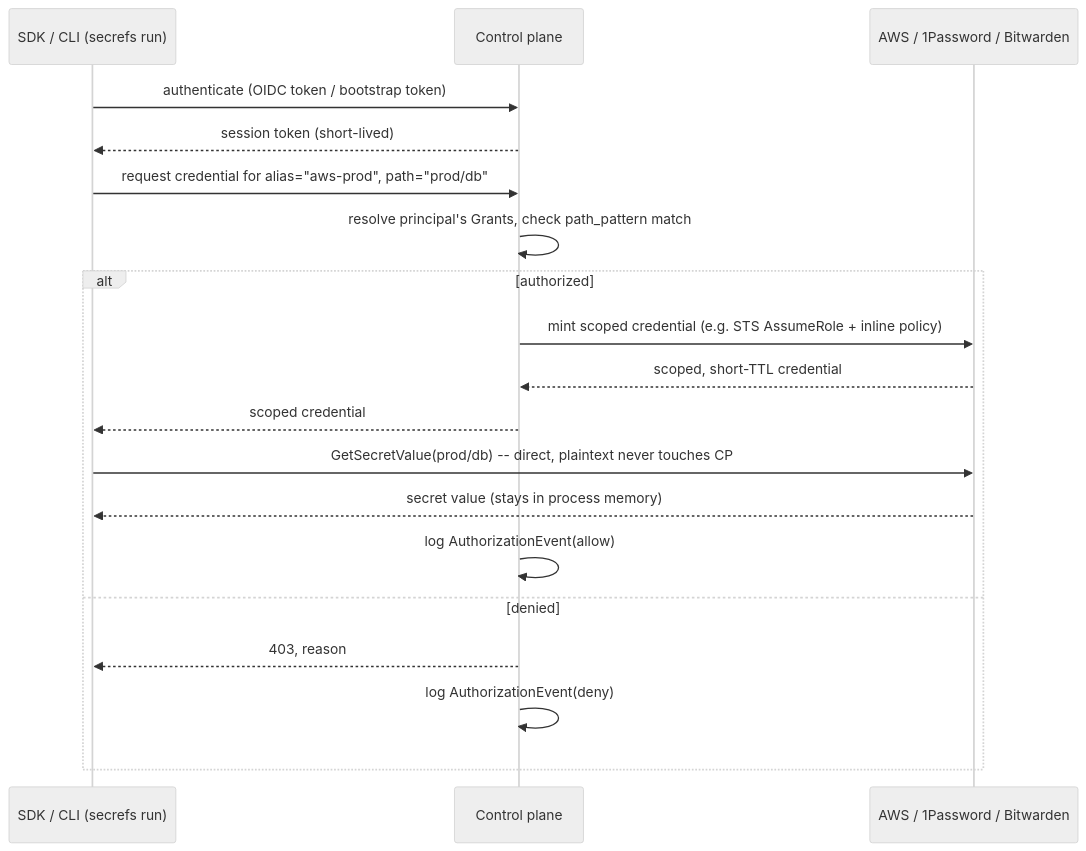
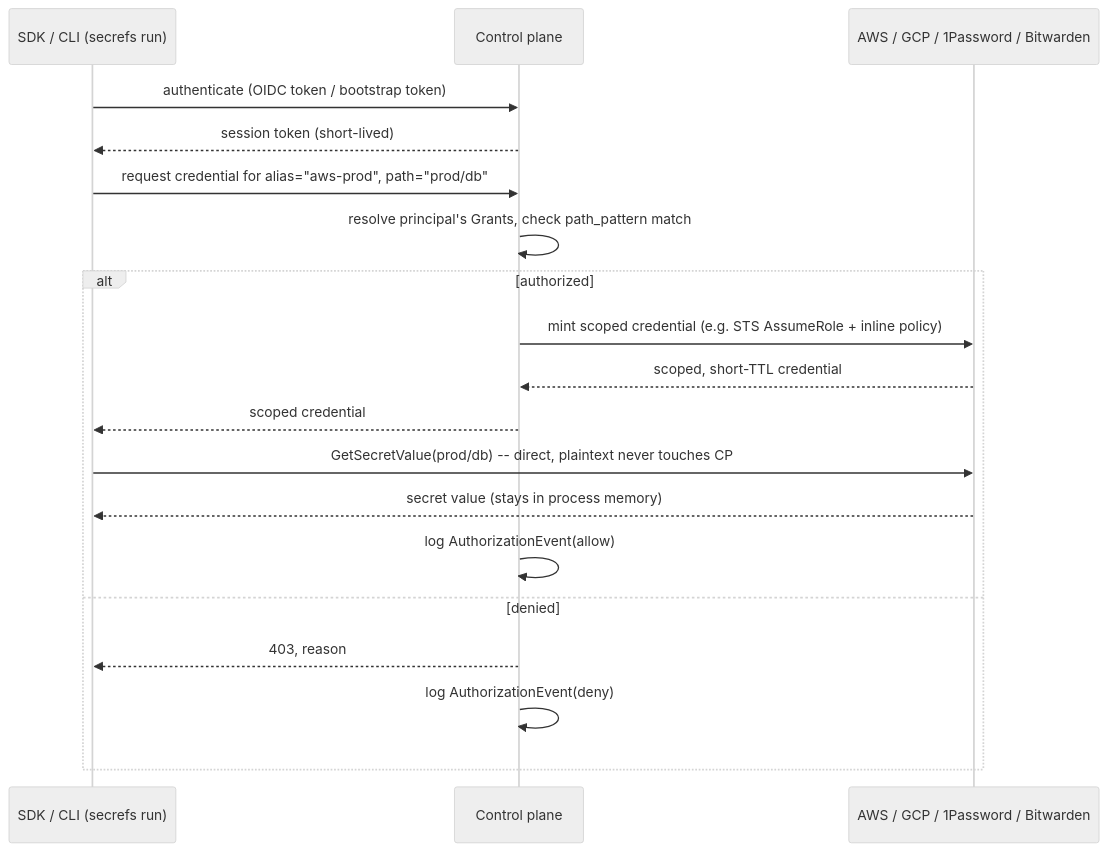
One commit to Armistice-Group/secrefs changed the diagram in docs/control-plane-design.md. Above: the diagram before and after it, drawn with Mermaid (neutral theme). The commit also changed other lines of this file, not shown here.

First line of the commit message:
docs: add GCP Secret Manager to control-plane §8, flag Dashlane as unresolved (#4)

````diff
--- a/docs/control-plane-design.md
+++ b/docs/control-plane-design.md
@@ -150,22 +150,22 @@
 ```mermaid
 sequenceDiagram
     participant App as SDK / CLI (secrefs run)
     participant CP as Control plane
-    participant Vault as AWS / 1Password / Bitwarden
+    participant Vault as AWS / GCP / 1Password / Bitwarden
 
     App->>CP: authenticate (OIDC token / bootstrap token)
     CP-->>App: session token (short-lived)
     App->>CP: request credential for alias="aws-prod", path="prod/db"
     CP->>CP: resolve principal's Grants, check path_pattern match
     alt authorized
         CP->>Vault: mint scoped credential (e.g. STS AssumeRole + inline policy)
         Vault-->>CP: scoped, short-TTL credential
         CP-->>App: scoped credential
         App->>Vault: GetSecretValue(prod/db)  -- direct, plaintext never touches CP
         Vault-->>App: secret value (stays in process memory)
         CP->>CP: log AuthorizationEvent(allow)
     else denied
         CP-->>App: 403, reason
         CP->>CP: log AuthorizationEvent(deny)
     end
 ```
````
